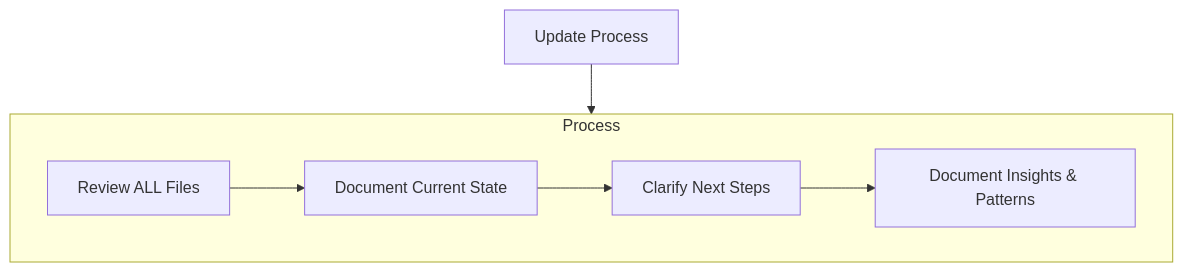
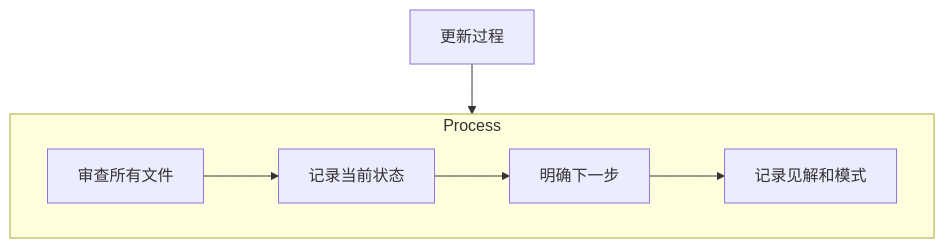
One commit to aicoding-caret/docs.caret.team changed the third of 3 diagrams in docs-zh/prompting/caret-memory-bank.mdx. Above: the diagram before and after it, drawn with Mermaid. The commit also changed other lines of this file and 43 other files, not shown here.

````diff
--- a/docs-zh/prompting/caret-memory-bank.mdx
+++ b/docs-zh/prompting/caret-memory-bank.mdx
@@ -125,15 +125,15 @@
 ```mermaid
 flowchart TD
-    Start[Update Process]
+    Start[更新过程]
 
     subgraph Process
-        P1[Review ALL Files]
-        P2[Document Current State]
-        P3[Clarify Next Steps]
-        P4[Document Insights & Patterns]
+        P1[审查所有文件]
+        P2[记录当前状态]
+        P3[明确下一步]
+        P4[记录见解和模式]
 
         P1 --> P2 --> P3 --> P4
     end
 
     Start --> Process
 ```
````
